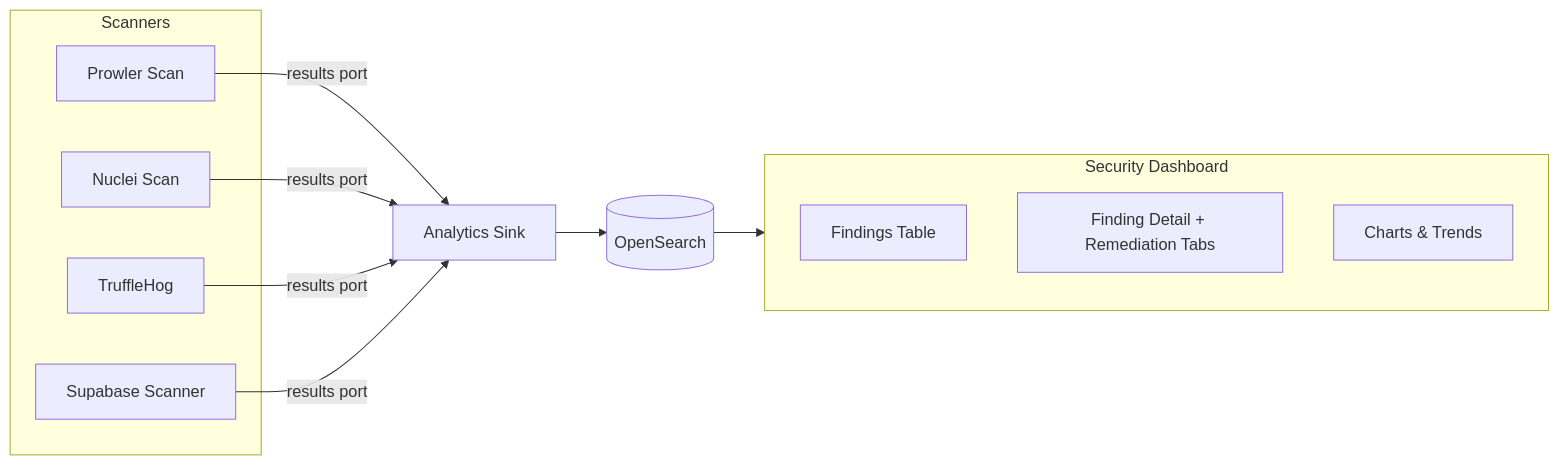
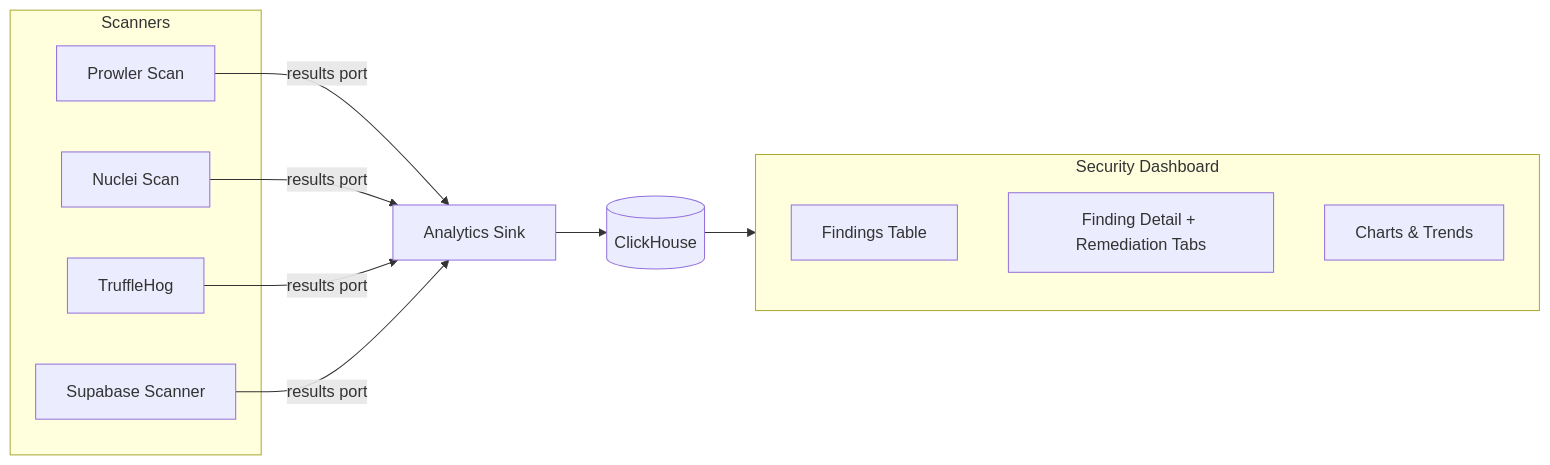
Before and after one commit to ShipSecAI/studio: the diagram in docs/development/workflow-analytics.mdx, drawn with Mermaid. The commit also changed other lines of this file and 81 other files, not shown here.

Commit message:
feat: migrate analytics from OpenSearch to ClickHouse (#76)

````diff
--- a/docs/development/workflow-analytics.mdx
+++ b/docs/development/workflow-analytics.mdx
@@ -23,25 +23,25 @@
 ```mermaid
 flowchart LR
     subgraph Scanners
         P[Prowler Scan]
         N[Nuclei Scan]
         T[TruffleHog]
         S[Supabase Scanner]
     end
 
     AS[Analytics Sink]
-    OS[(OpenSearch)]
+    OS[(ClickHouse)]
 
     subgraph Dashboard[Security Dashboard]
         V[Findings Table]
         D[Finding Detail + Remediation Tabs]
         C[Charts & Trends]
     end
 
     P -->|results port| AS
     N -->|results port| AS
     T -->|results port| AS
     S -->|results port| AS
     AS --> OS
     OS --> Dashboard
 ```
````
